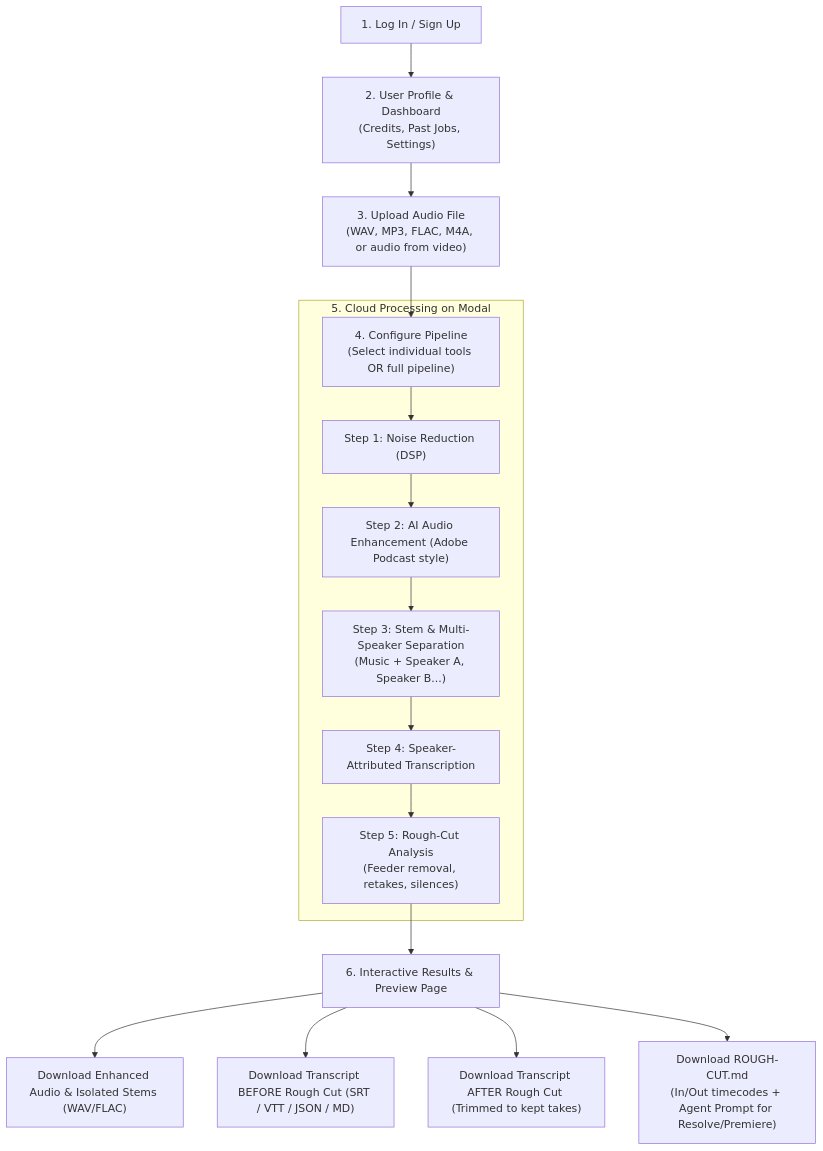
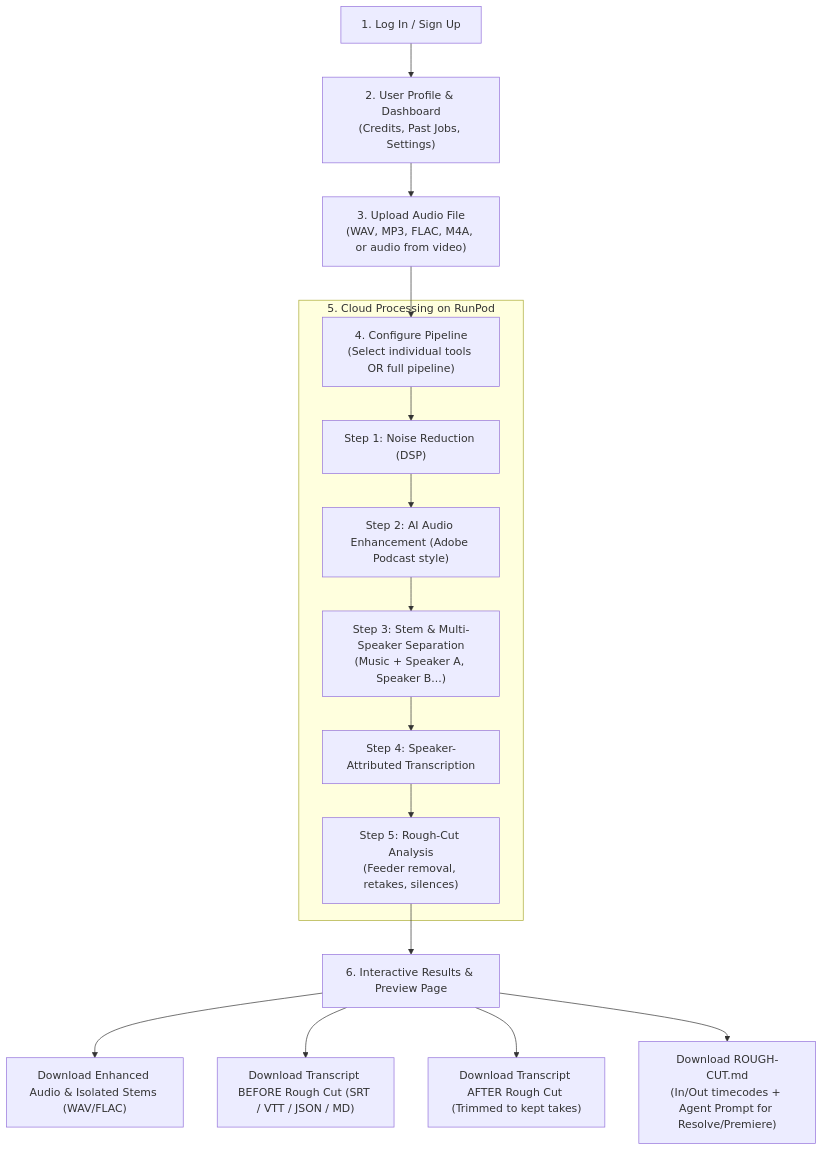
Before and after one commit to ahmednabiled/parecut: the diagram in PARECUT-SRS-v2.0.md, drawn with Mermaid. The commit also changed other lines of this file and 4 other files, not shown here.

Commit message:
docs: switch GPU architecture to RunPod

````diff
--- a/PARECUT-SRS-v2.0.md
+++ b/PARECUT-SRS-v2.0.md
@@ -61,20 +66,20 @@
 ```mermaid
 flowchart TD
   A["1. Log In / Sign Up"] --> B["2. User Profile & Dashboard<br/>(Credits, Past Jobs, Settings)"]
   B --> C["3. Upload Audio File<br/>(WAV, MP3, FLAC, M4A, or audio from video)"]
   C --> D["4. Configure Pipeline<br/>(Select individual tools OR full pipeline)"]
 
-  subgraph Pipeline["5. Cloud Processing on Modal"]
+  subgraph Pipeline["5. Cloud Processing on RunPod"]
     D --> E1["Step 1: Noise Reduction (DSP)"]
     E1 --> E2["Step 2: AI Audio Enhancement (Adobe Podcast style)"]
     E2 --> E3["Step 3: Stem & Multi-Speaker Separation<br/>(Music + Speaker A, Speaker B...)"]
     E3 --> E4["Step 4: Speaker-Attributed Transcription"]
     E4 --> E5["Step 5: Rough-Cut Analysis<br/>(Feeder removal, retakes, silences)"]
   end
 
   E5 --> F["6. Interactive Results & Preview Page"]
   F --> G1["Download Enhanced Audio & Isolated Stems (WAV/FLAC)"]
   F --> G2["Download Transcript BEFORE Rough Cut (SRT / VTT / JSON / MD)"]
   F --> G3["Download Transcript AFTER Rough Cut (Trimmed to kept takes)"]
   F --> G4["Download ROUGH-CUT.md<br/>(In/Out timecodes + Agent Prompt for Resolve/Premiere)"]
 ```
````
